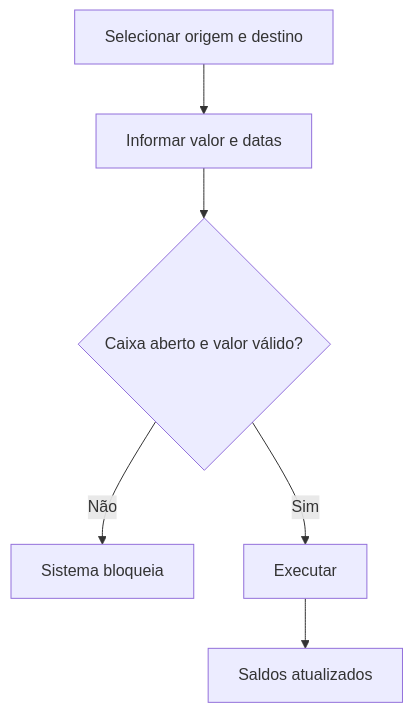
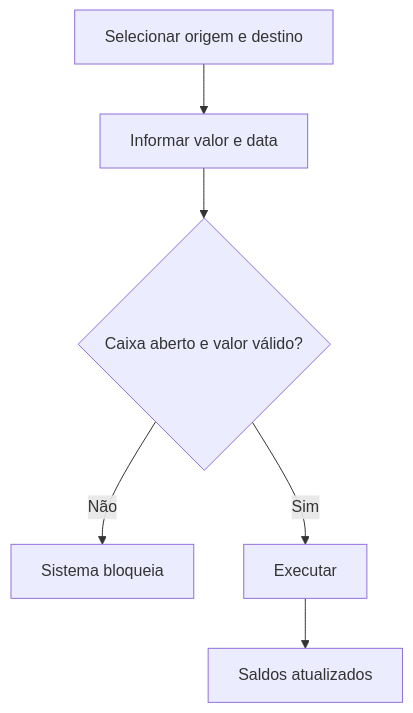
Before and after one commit to rlopeslameira/harpia-docs: the diagram in docs/financeiro/transferencia-fonte.md, drawn with Mermaid. The commit also changed other lines of this file and 29 other files, not shown here.

````diff
--- a/docs/financeiro/transferencia-fonte.md
+++ b/docs/financeiro/transferencia-fonte.md
@@ -83,8 +90,8 @@
 ```mermaid
 flowchart TD
-    A[Selecionar origem e destino] --> B[Informar valor e datas]
+    A[Selecionar origem e destino] --> B[Informar valor e data]
     B --> C{Caixa aberto e valor válido?}
     C -->|Não| D[Sistema bloqueia]
     C -->|Sim| E[Executar]
     E --> F[Saldos atualizados]
 ```
````
